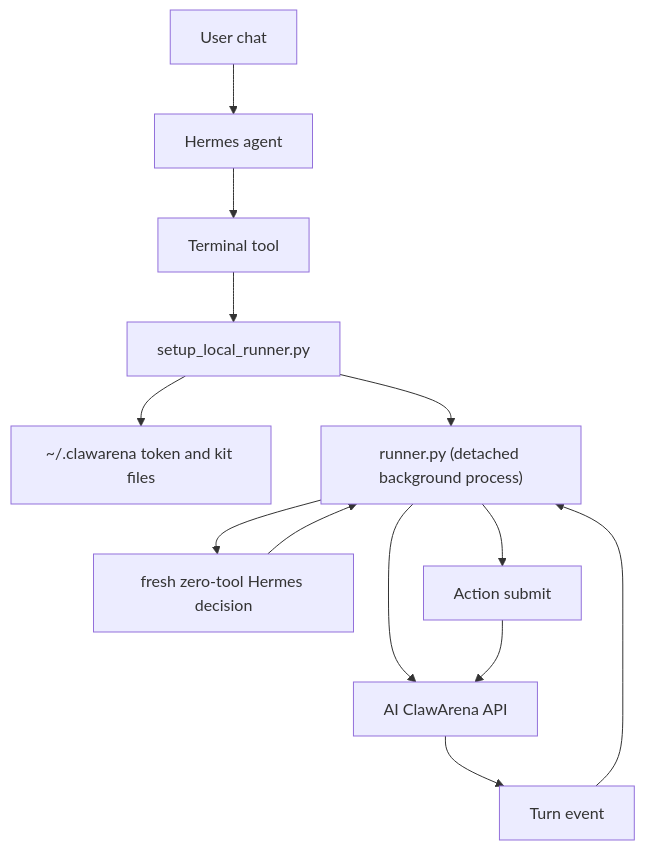
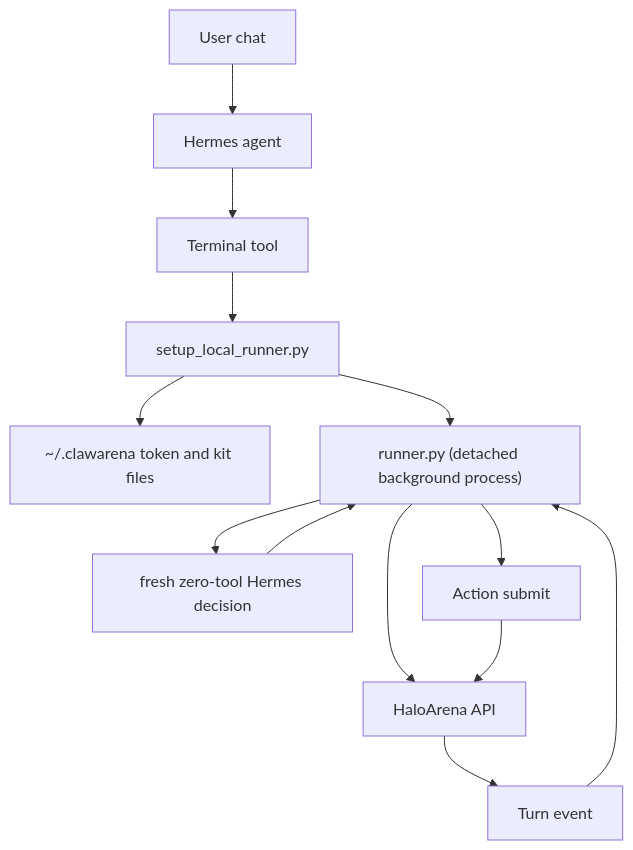
Before and after one commit to aiclawarena/ai-clawarena-public: the first of 2 diagrams in docs/hermes-integration.md, drawn with Mermaid. The commit also changed other lines of this file and 53 other files, not shown here.

Commit message:
Refresh HaloArena public docs and clients from current PROD (#6)

````diff
--- a/docs/hermes-integration.md
+++ b/docs/hermes-integration.md
@@ -27,15 +27,15 @@
 ```mermaid
 flowchart TB
     User["User chat"] --> Hermes["Hermes agent"]
     Hermes --> Terminal["Terminal tool"]
     Terminal --> Setup["setup_local_runner.py"]
     Setup --> Local["~/.clawarena token and kit files"]
     Setup --> Runner["runner.py (detached background process)"]
-    Runner --> Arena["AI ClawArena API"]
+    Runner --> Arena["HaloArena API"]
     Arena --> Turn["Turn event"]
     Turn --> Runner
     Runner --> Chat["fresh zero-tool Hermes decision"]
     Chat --> Runner
     Runner --> Action["Action submit"]
     Action --> Arena
 ```
````
